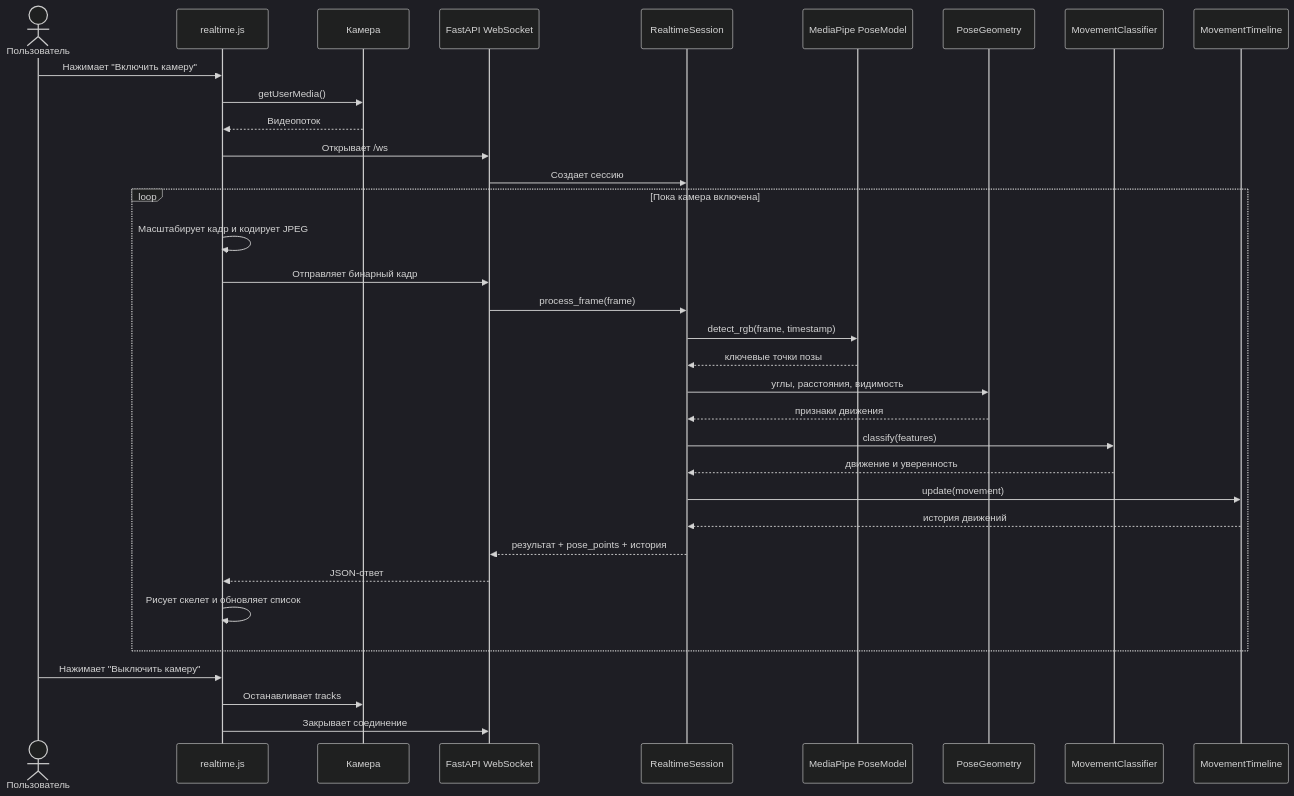
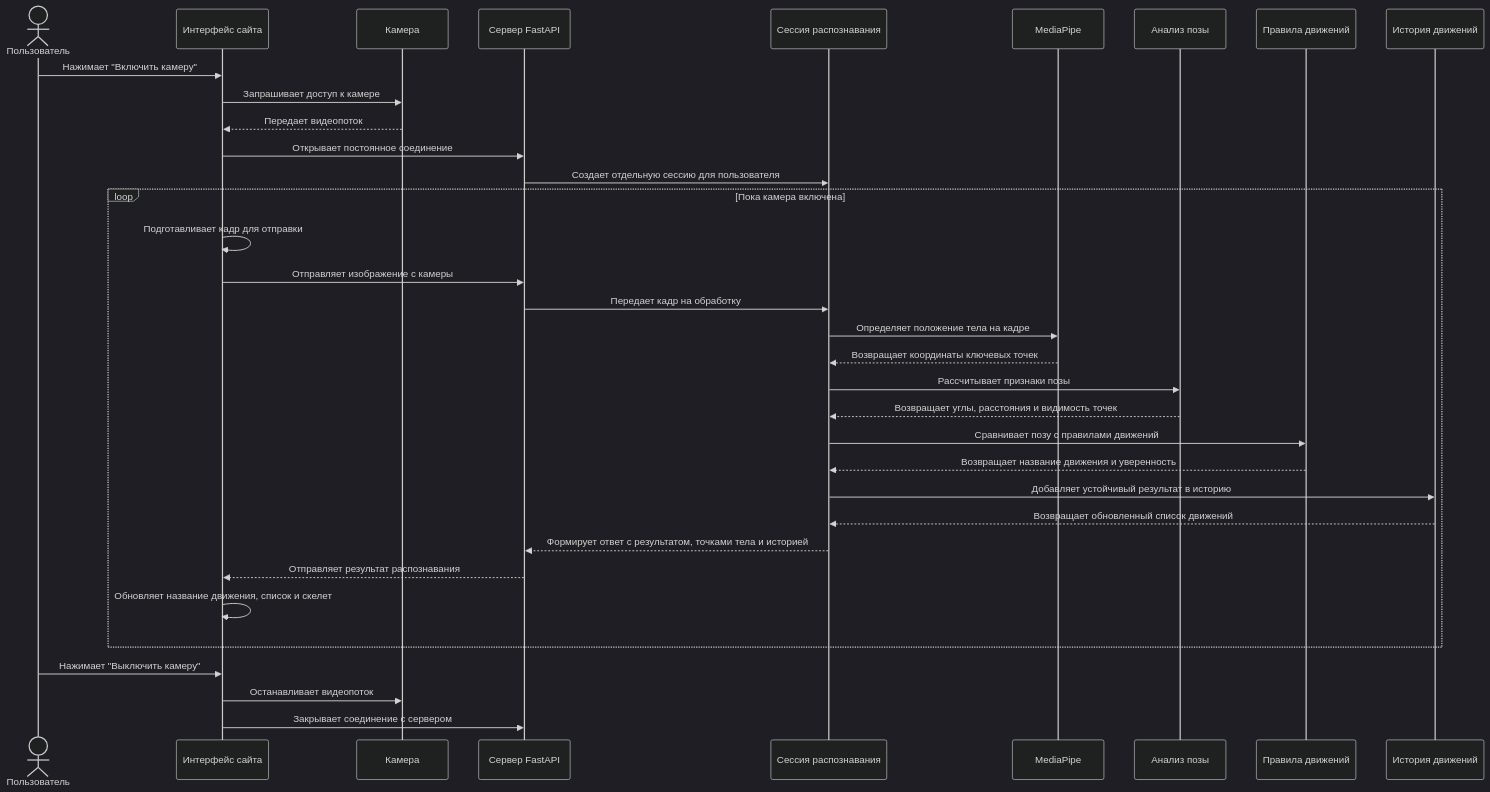
One commit to uralovaelizaveta-art/project changed the fifth of 7 diagrams in docs/UML.md. Above: the diagram before and after it, drawn with Mermaid (dark theme). The commit also changed other lines of this file and 2 other files, not shown here.

````diff
--- a/docs/UML.md
+++ b/docs/UML.md
@@ -291,39 +325,39 @@
 ```mermaid
 sequenceDiagram
     actor User as Пользователь
-    participant UI as realtime.js
+    participant UI as Интерфейс сайта
     participant Camera as Камера
-    participant WS as FastAPI WebSocket
-    participant Session as RealtimeSession
-    participant Pose as MediaPipe PoseModel
-    participant Geometry as PoseGeometry
-    participant Classifier as MovementClassifier
-    participant Timeline as MovementTimeline
+    participant WS as Сервер FastAPI
+    participant Session as Сессия распознавания
+    participant Pose as MediaPipe
+    participant Geometry as Анализ позы
+    participant Classifier as Правила движений
+    participant Timeline as История движений
 
     User->>UI: Нажимает "Включить камеру"
-    UI->>Camera: getUserMedia()
-    Camera-->>UI: Видеопоток
-    UI->>WS: Открывает /ws
-    WS->>Session: Создает сессию
+    UI->>Camera: Запрашивает доступ к камере
+    Camera-->>UI: Передает видеопоток
+    UI->>WS: Открывает постоянное соединение
+    WS->>Session: Создает отдельную сессию для пользователя
 
     loop Пока камера включена
-        UI->>UI: Масштабирует кадр и кодирует JPEG
-        UI->>WS: Отправляет бинарный кадр
-        WS->>Session: process_frame(frame)
-        Session->>Pose: detect_rgb(frame, timestamp)
-        Pose-->>Session: ключевые точки позы
-        Session->>Geometry: углы, расстояния, видимость
-        Geometry-->>Session: признаки движения
-        Session->>Classifier: classify(features)
-        Classifier-->>Session: движение и уверенность
-        Session->>Timeline: update(movement)
-        Timeline-->>Session: история движений
-        Session-->>WS: результат + pose_points + история
-        WS-->>UI: JSON-ответ
-        UI->>UI: Рисует скелет и обновляет список
+        UI->>UI: Подготавливает кадр для отправки
+        UI->>WS: Отправляет изображение с камеры
+        WS->>Session: Передает кадр на обработку
+        Session->>Pose: Определяет положение тела на кадре
+        Pose-->>Session: Возвращает координаты ключевых точек
+        Session->>Geometry: Рассчитывает признаки позы
+        Geometry-->>Session: Возвращает углы, расстояния и видимость точек
+        Session->>Classifier: Сравнивает позу с правилами движений
+        Classifier-->>Session: Возвращает название движения и уверенность
+        Session->>Timeline: Добавляет устойчивый результат в историю
+        Timeline-->>Session: Возвращает обновленный список движений
+        Session-->>WS: Формирует ответ с результатом, точками тела и историей
+        WS-->>UI: Отправляет результат распознавания
+        UI->>UI: Обновляет название движения, список и скелет
     end
 
     User->>UI: Нажимает "Выключить камеру"
-    UI->>Camera: Останавливает tracks
-    UI->>WS: Закрывает соединение
+    UI->>Camera: Останавливает видеопоток
+    UI->>WS: Закрывает соединение с сервером
 ```
````
